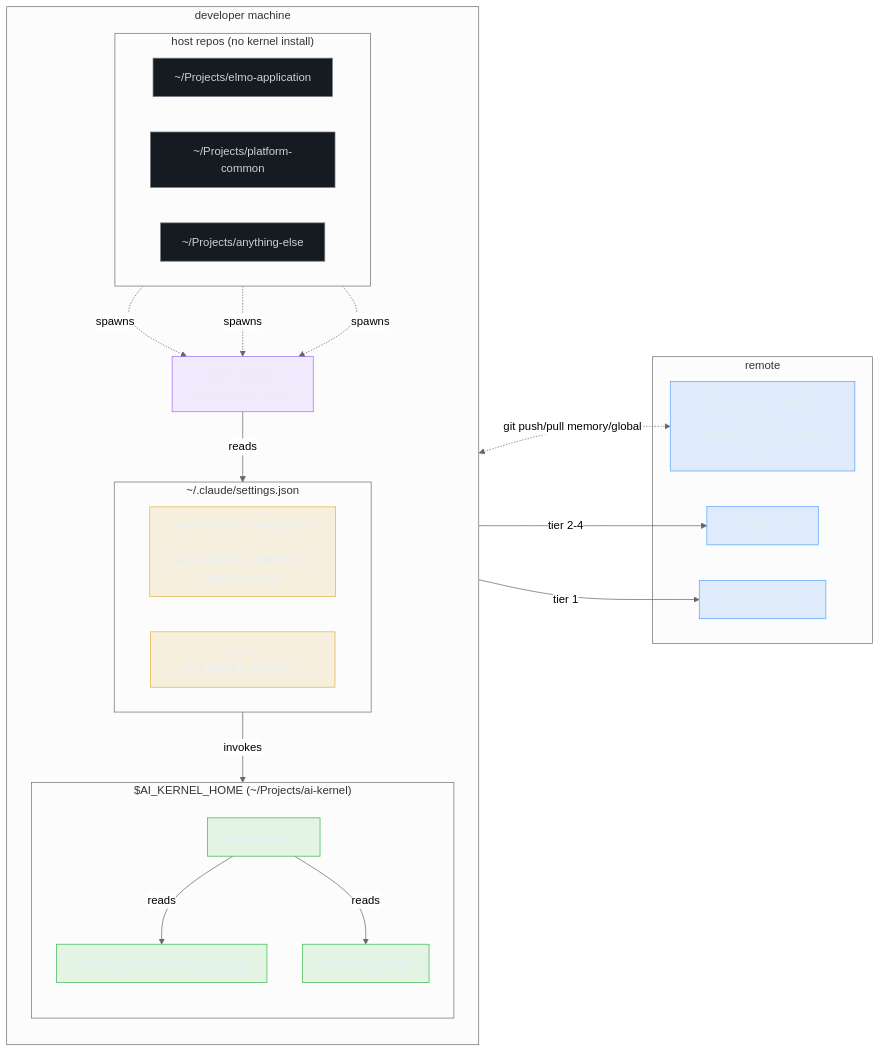
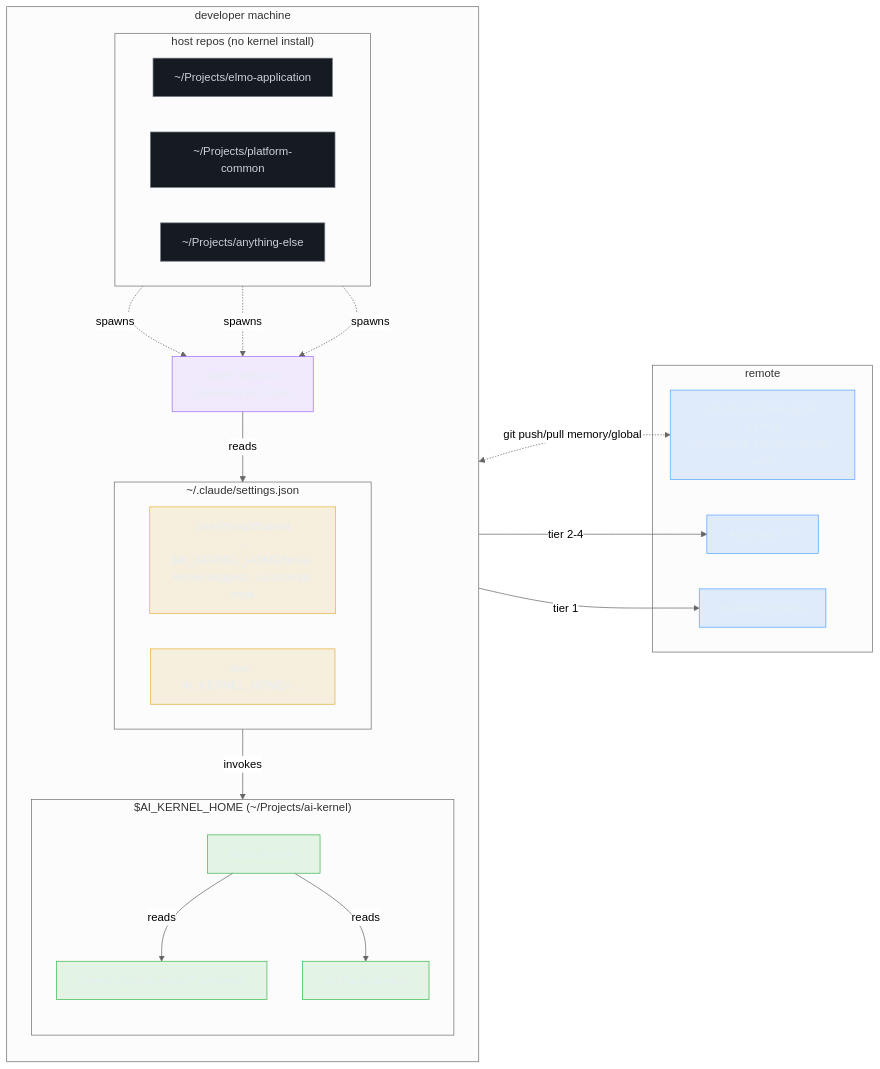
One commit to eugenelai-elmo/nerv changed the third of 3 diagrams in docs/architecture.md. Above: the diagram before and after it, drawn with Mermaid (neutral theme). The commit also changed other lines of this file and 4 other files, not shown here.

First line of the commit message:
feat(suggest): UserPromptSubmit hook mode (lazy retrieval)

````diff
--- a/docs/architecture.md
+++ b/docs/architecture.md
@@ -124,58 +123,58 @@
 ```mermaid
 flowchart LR
   subgraph MACHINE["developer machine"]
     direction TB
 
     subgraph KH["$AI_KERNEL_HOME (~/Projects/ai-kernel)"]
       direction TB
       KMEM["memory/{global,repos/*,personal}"]
       KBIN["bin/ai-kernel-*"]
       KCFG["config.local.yaml"]
     end
 
     subgraph CC["~/.claude/settings.json"]
-      HOOKS["SessionStart + PreToolUse<br/>→ $AI_KERNEL_HOME/bin/ai-kernel-suggest"]
+      HOOKS["UserPromptSubmit<br/>→ $AI_KERNEL_HOME/bin/ai-kernel-suggest --cc-prompt-hook"]
       ENVV["env: AI_KERNEL_HOME=…"]
     end
 
     subgraph REPOS["host repos (no kernel install)"]
       direction LR
       R1["~/Projects/elmo-application"]
       R2["~/Projects/platform-common"]
       R3["~/Projects/anything-else"]
     end
 
     HARNESS["agent session<br/>(spawned per repo)"]
   end
 
   subgraph CLOUD["remote"]
     GIT["github.com/siunegu/ai-kernel<br/>committed: memory/global only"]
     ANTH["Anthropic API"]
     OLL["localhost Ollama"]
   end
 
   R1 -.spawns.-> HARNESS
   R2 -.spawns.-> HARNESS
   R3 -.spawns.-> HARNESS
 
   HARNESS -- reads --> CC
   CC -- invokes --> KBIN
   KBIN -- reads --> KMEM
   KBIN -- reads --> KCFG
 
   KH <-. git push/pull memory/global .-> GIT
   KBIN -- tier 2-4 --> ANTH
   KBIN -- tier 1 --> OLL
 
   classDef cloud fill:#1f6feb22,stroke:#58a6ff,color:#e6edf3
   classDef kernel fill:#3fb95022,stroke:#3fb950,color:#e6edf3
   classDef harness fill:#a371f722,stroke:#a371f7,color:#e6edf3
   classDef repo fill:#161b22,stroke:#6e7681,color:#c9d1d9
   classDef settings fill:#d2991d22,stroke:#e3b341,color:#e6edf3
 
   class GIT,ANTH,OLL cloud
   class KMEM,KBIN,KCFG kernel
   class HARNESS harness
   class R1,R2,R3 repo
   class HOOKS,ENVV settings
 ```
````
